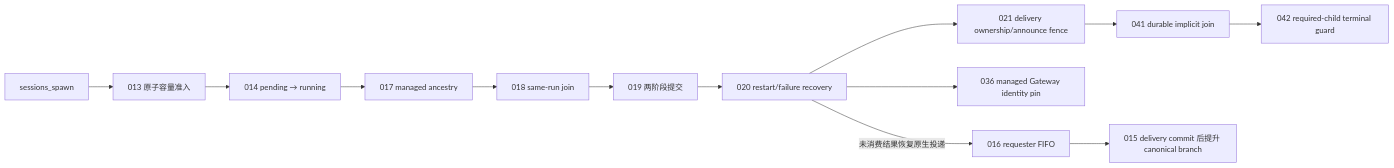
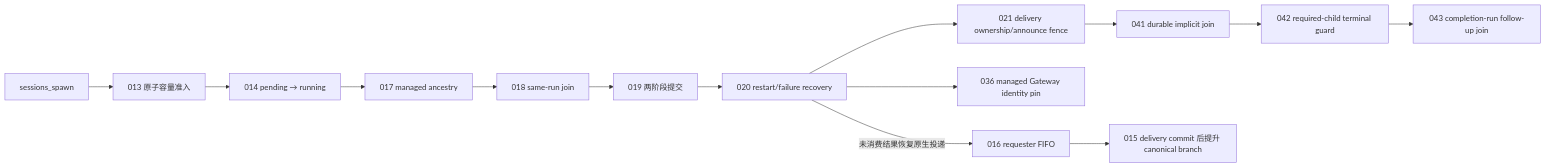
Before and after one commit to liangxhao/JustDo: the diagram in scripts/patches/v2026.7.1-2/README.md, drawn with Mermaid. The commit also changed other lines of this file and 3 other files, not shown here.

Commit message:
fix(engine): join follow-up subagents after completion delivery

````diff
--- a/scripts/patches/v2026.7.1-2/README.md
+++ b/scripts/patches/v2026.7.1-2/README.md
@@ -55,15 +55,16 @@
 ```mermaid
 flowchart LR
   Spawn[sessions_spawn] --> Admission[013 原子容量准入]
   Admission --> Lifecycle[014 pending → running]
   Lifecycle --> Classify[017 managed ancestry]
   Classify --> Join[018 same-run join]
   Join --> Commit[019 两阶段提交]
   Commit --> Recovery[020 restart/failure recovery]
   Recovery --> Fence[021 delivery ownership/announce fence]
   Fence --> ImplicitJoin[041 durable implicit join]
   ImplicitJoin --> TerminalGuard[042 required-child terminal guard]
+  TerminalGuard --> CompletionFollowup[043 completion-run follow-up join]
   Recovery --> Identity[036 managed Gateway identity pin]
   Recovery -->|未消费结果恢复原生投递| Queue[016 requester FIFO]
   Queue --> Promote[015 delivery commit 后提升 canonical branch]
 ```
````
